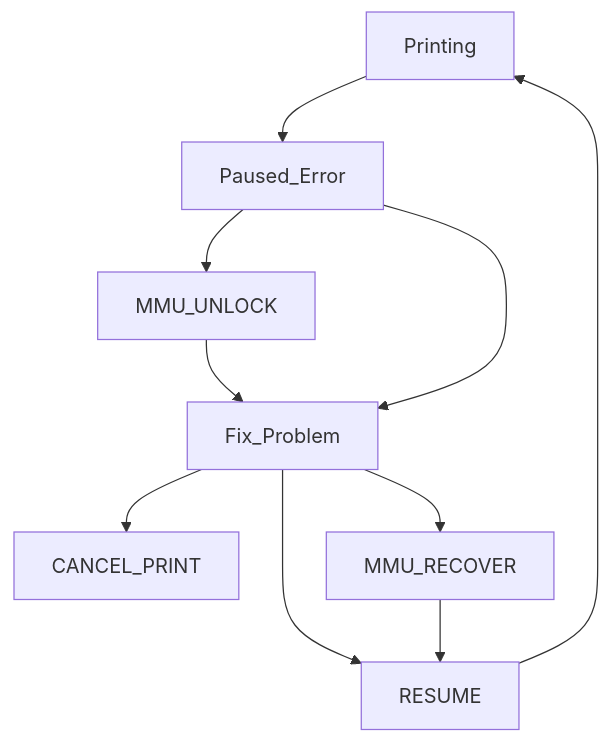
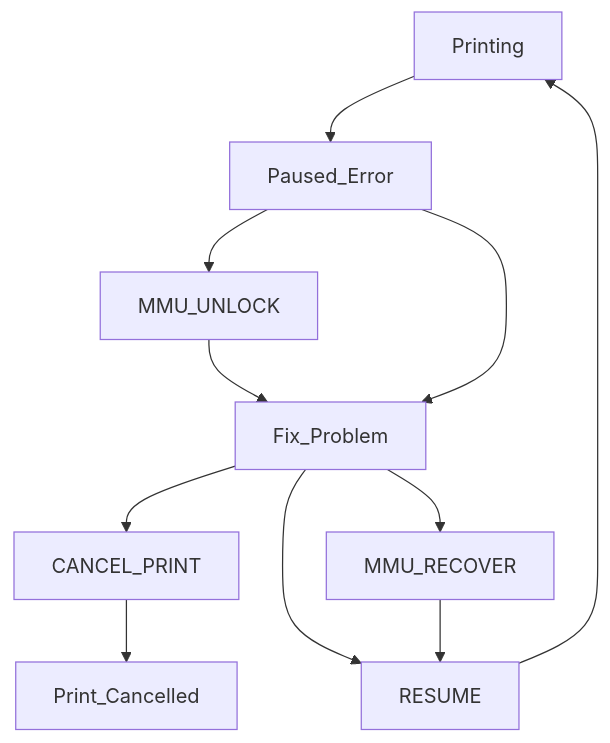
Before and after one commit to 3DCoded/Happy-Hare: the diagram in Handling-Errors.md, drawn with Mermaid. The commit also changed other lines of this file, not shown here.

````diff
--- a/Handling-Errors.md
+++ b/Handling-Errors.md
@@ -39,12 +39,13 @@
 ```mermaid
     graph TD;
     Printing --> Paused_Error
     Paused_Error --> MMU_UNLOCK
     MMU_UNLOCK --> Fix_Problem
     Paused_Error --> Fix_Problem
     Fix_Problem --> CANCEL_PRINT
     Fix_Problem --> RESUME
     Fix_Problem --> MMU_RECOVER
     MMU_RECOVER --> RESUME
     RESUME --> Printing
+    CANCEL_PRINT --> Print_Cancelled
 ```
````
